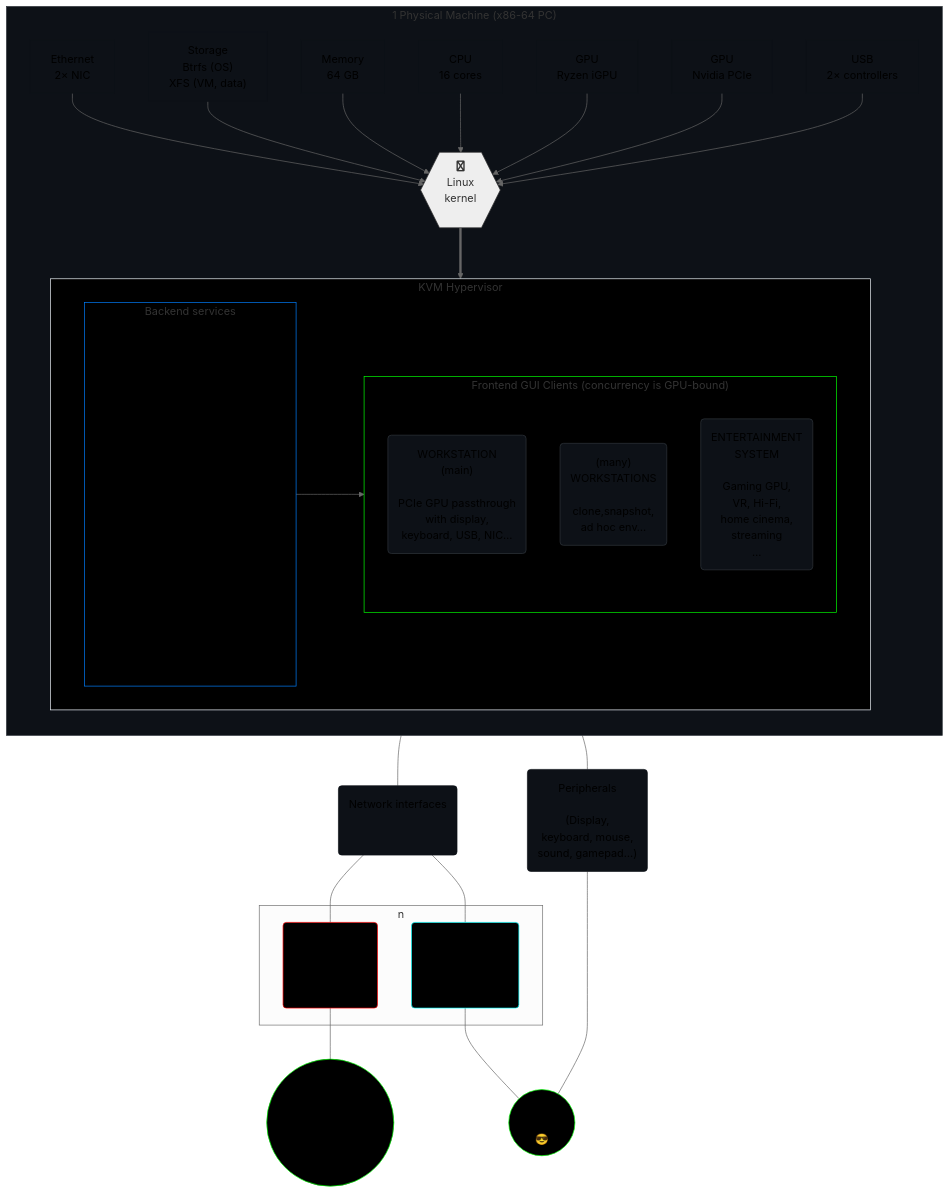
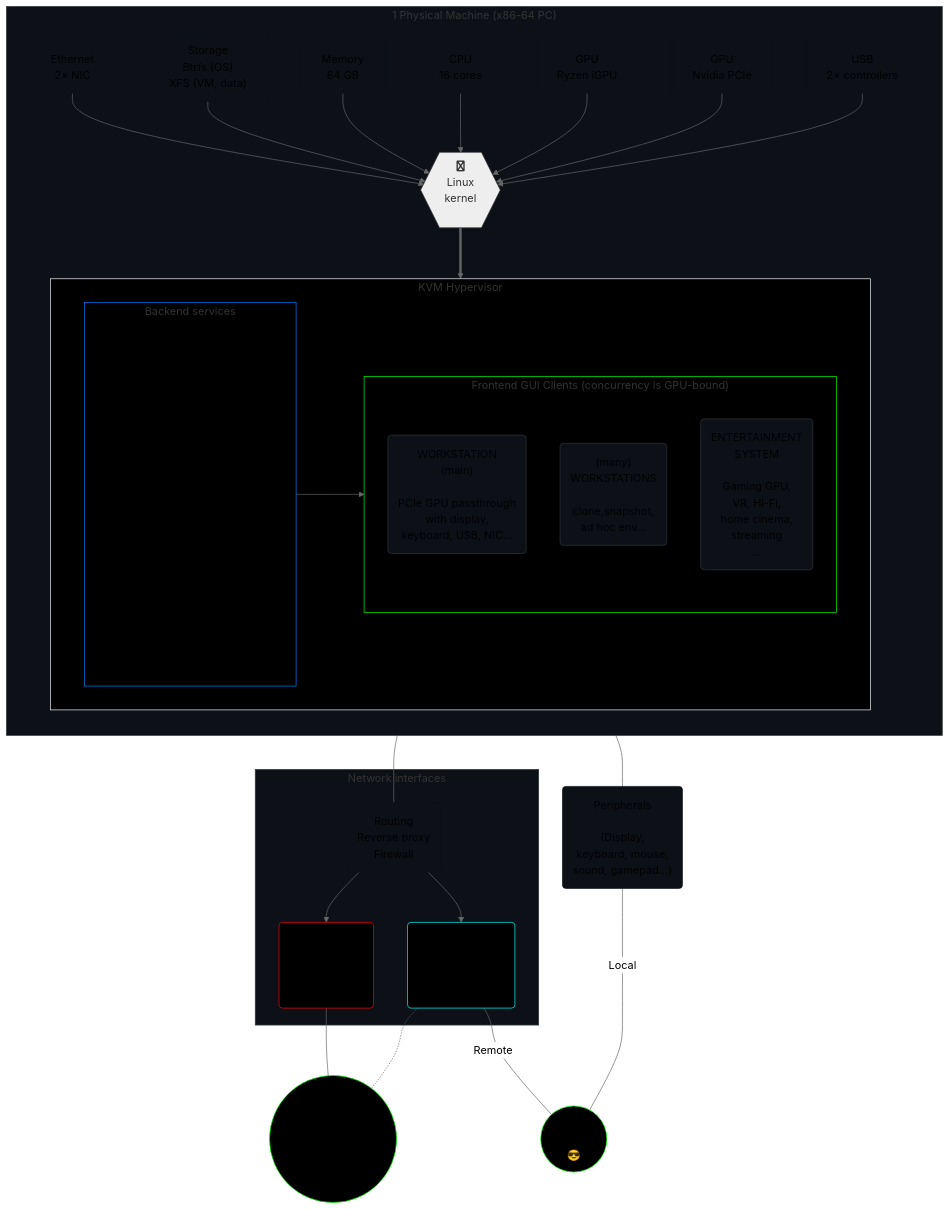
One commit to agenkit/GHost changed the diagram in README.md. Above: the diagram before and after it, drawn with Mermaid (neutral theme).

```diff
--- a/README.md
+++ b/README.md
@@ -58,20 +58,21 @@
       end
    end
 
-net("Network interfaces<br><br><br>")
 
-subgraph n
+subgraph n["Network interfaces"]
+   net("Routing<br>Reverse proxy<br>Firewall<br>")
    pn("Public internet<br><br>self-hosted<br>services")
    sn("Secure networks<br><br>LAN, VLAN,<br>VPNs, SSH…")
+net --> pn & sn
 end
 
-net --- pn & sn
 pn --- o(("other people<br><br>family, friends, comm.,<br>collab, clients<br>…"))
-sn --- you
+sn -.- o
+sn --"Remote"--- you
 
 uip("Peripherals<br><br>(Display,<br>keyboard, mouse,<br>sound, gamepad…)")
 p --- net
-p --- uip ---- you(("You<br>(user/seat)<br>😎"))
+p --- uip --"Local"---- you(("You<br>(user/seat)<br>😎"))
 
 
 
@@ -94,7 +95,7 @@
 cont:::tr2
 uip:::tr1
 net:::tr1
-
+n:::main
 sn:::cyan
 pn:::red
 o:::grn
```
